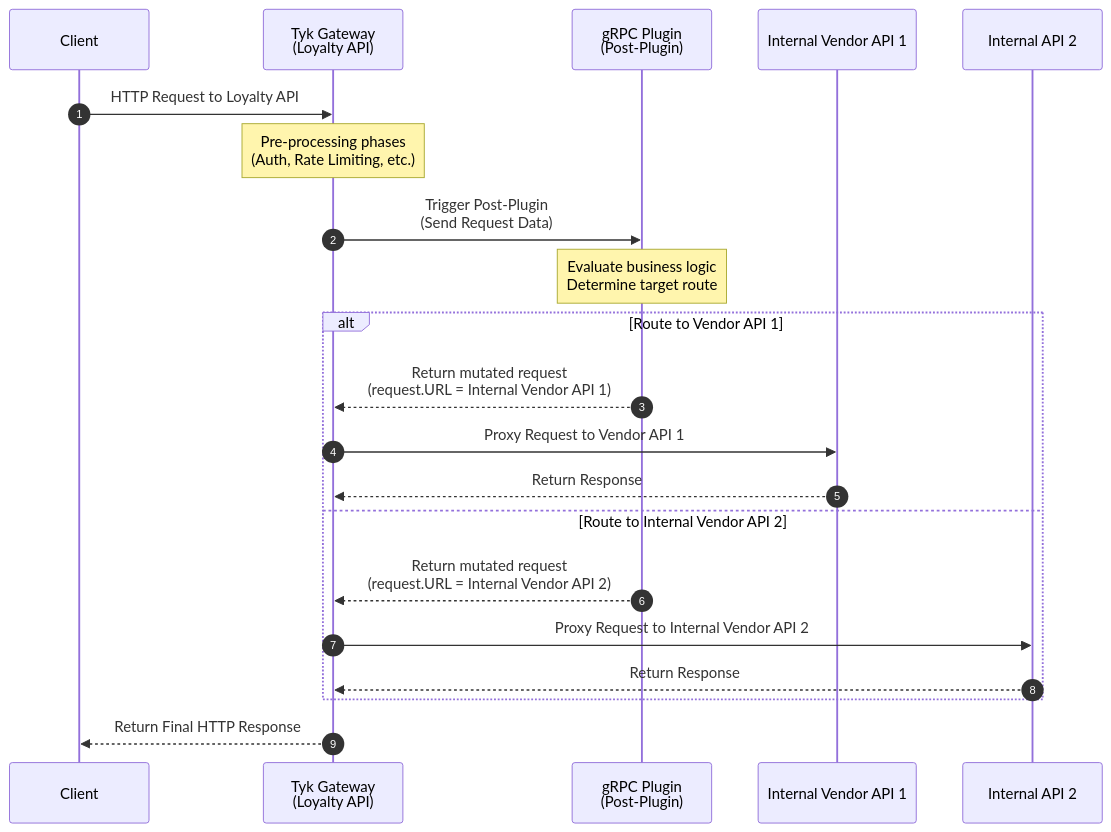
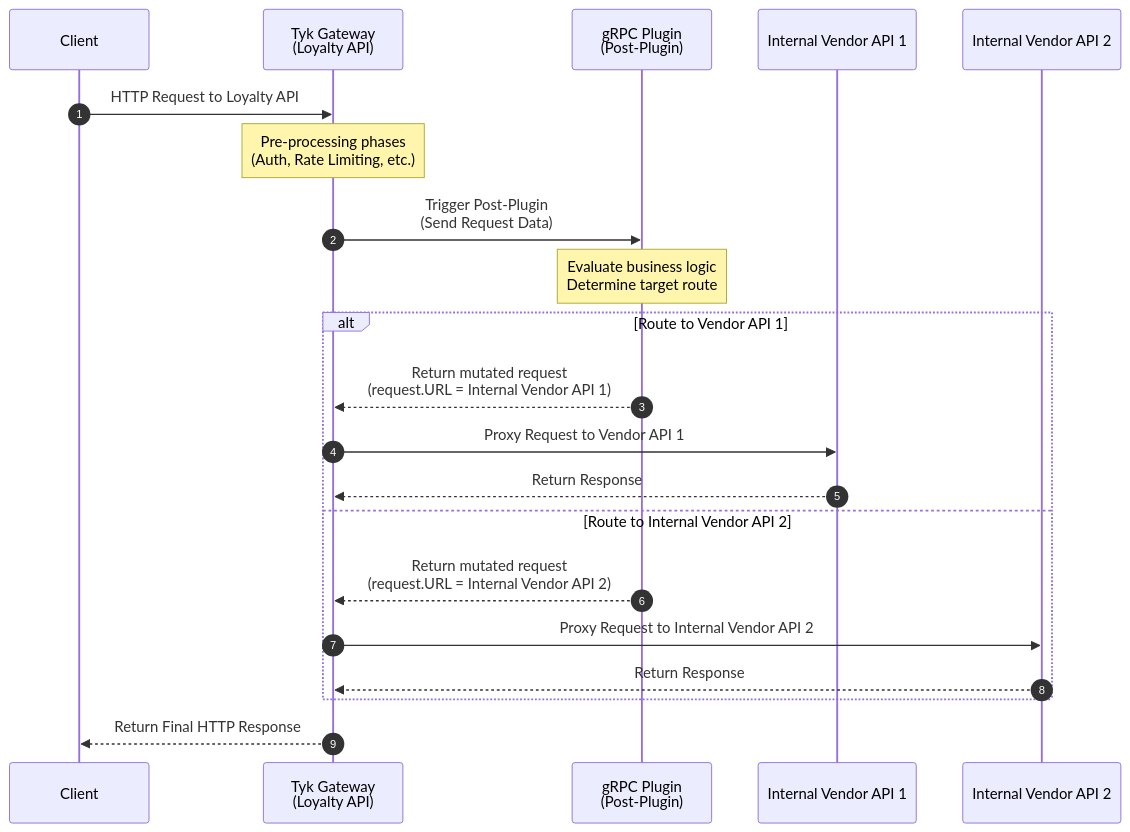
One commit to nerdydread/gRPC-routing changed the diagram in README.md. Above: the diagram before and after it, drawn with Mermaid.

Commit message:
updated sequence diagram

````diff
--- a/README.md
+++ b/README.md
@@ -21,29 +21,29 @@
 ```mermaid
 sequenceDiagram
     autonumber
     participant Client
     participant Tyk as Tyk Gateway<br/>(Loyalty API)
     participant gRPC as gRPC Plugin<br/>(Post-Plugin)
     participant API1 as Internal Vendor API 1
-    participant API2 as Internal API 2
+    participant API2 as Internal Vendor API 2
 
     Client->>Tyk: HTTP Request to Loyalty API
     
     Note over Tyk: Pre-processing phases<br/>(Auth, Rate Limiting, etc.)
     
     Tyk->>gRPC: Trigger Post-Plugin<br/>(Send Request Data)
     
     Note over gRPC: Evaluate business logic<br/>Determine target route
     
     alt Route to Vendor API 1
         gRPC-->>Tyk: Return mutated request<br/>(request.URL = Internal Vendor API 1)
         Tyk->>API1: Proxy Request to Vendor API 1
         API1-->>Tyk: Return Response
     else Route to Internal Vendor API 2
         gRPC-->>Tyk: Return mutated request<br/>(request.URL = Internal Vendor API 2)
         Tyk->>API2: Proxy Request to Internal Vendor API 2
         API2-->>Tyk: Return Response
     end
     
     Tyk-->>Client: Return Final HTTP Response
 ```
````
